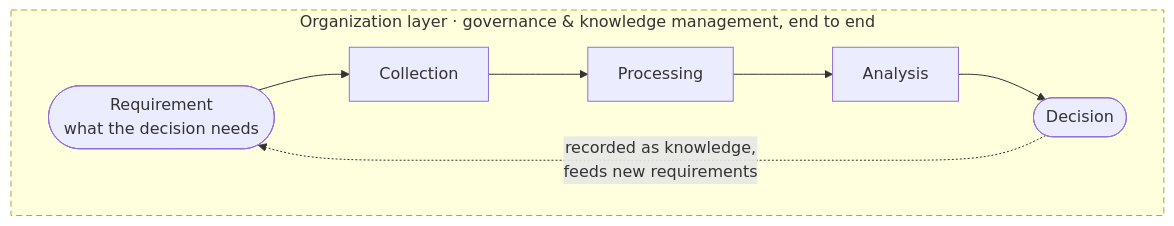
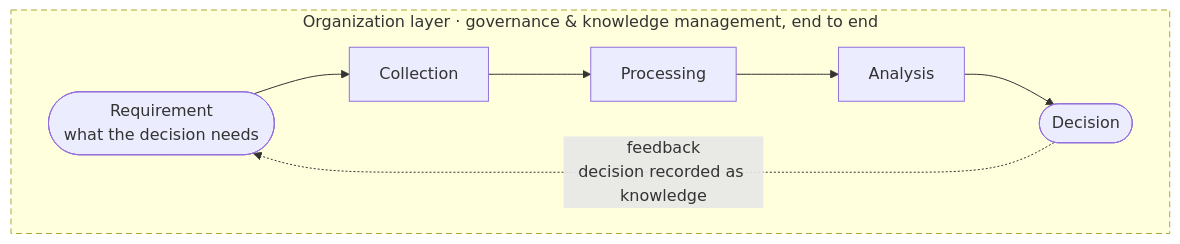
The diagram in README.md (ericguadanini/ericguadanini), drawn with Mermaid before and after one commit.

Commit message:
Restore the feedback label on the decision loop
Claude-Session: https://claude.ai/code/session_016v4BVTup1QauwyZG2T96Ke

````diff
--- a/README.md
+++ b/README.md
@@ -17,9 +17,9 @@
 ```mermaid
 flowchart LR
     subgraph ORG["Organization layer · governance & knowledge management, end to end"]
         direction LR
         R(["Requirement<br/>what the decision needs"]) --> C["Collection"] --> P["Processing"] --> A["Analysis"] --> D(["Decision"])
-        D -. "recorded as knowledge,<br/>feeds new requirements" .-> R
+        D -. "feedback<br/>decision recorded as knowledge" .-> R
     end
     style ORG stroke-dasharray: 6 4
 ```
````
